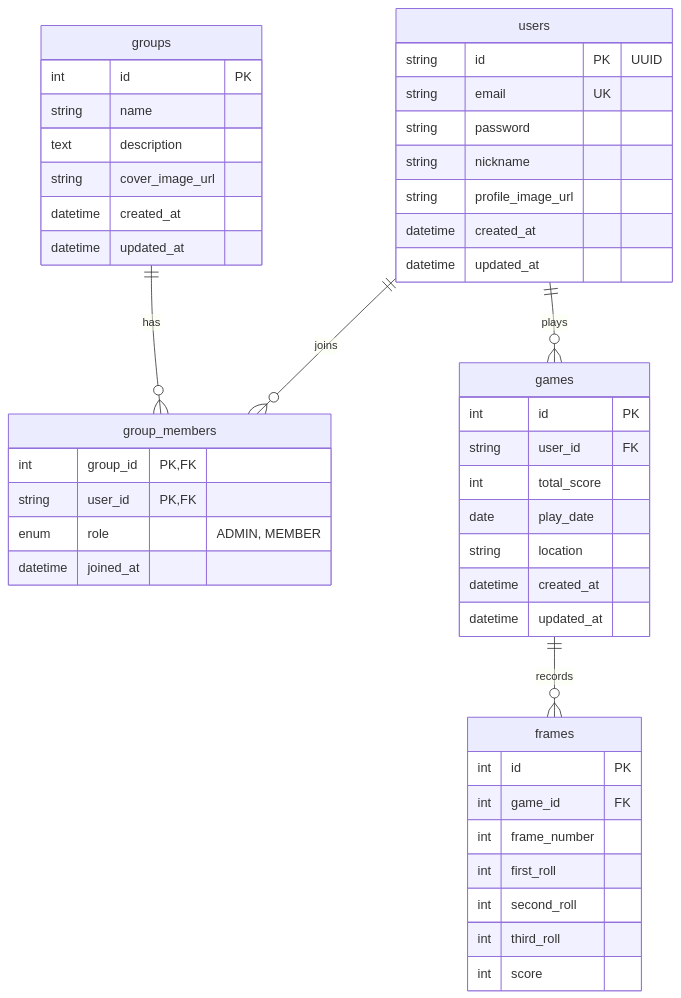
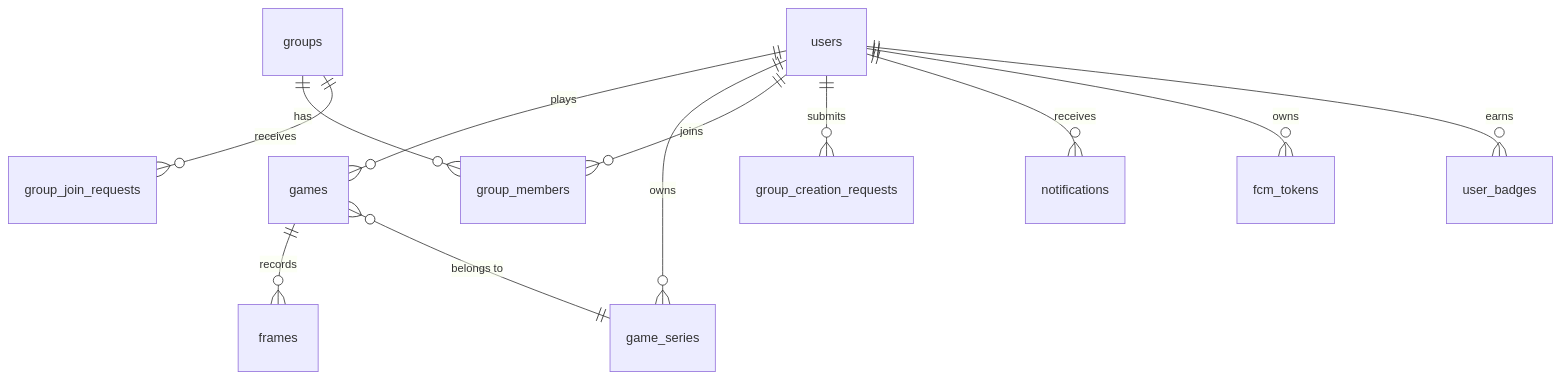
The diagram in README.md (dev-hojung/strike_log_api), drawn with Mermaid before and after one commit. The commit also changed other lines of this file and 1 other file, not shown here.

First line of the commit message:
docs: 루트 README 최신화 + badges 카탈로그 개수 정정

````diff
--- a/README.md
+++ b/README.md
@@ -16,49 +38,14 @@
 ```mermaid
 erDiagram
-    users {
-        string id PK "UUID"
-        string email UK
-        string password
-        string nickname
-        string profile_image_url
-        datetime created_at
-        datetime updated_at
-    }
-    groups {
-        int id PK
-        string name
-        text description
-        string cover_image_url
-        datetime created_at
-        datetime updated_at
-    }
-    group_members {
-        int group_id PK, FK
-        string user_id PK, FK
-        enum role "ADMIN, MEMBER"
-        datetime joined_at
-    }
-    games {
-        int id PK
-        string user_id FK
-        int total_score
-        date play_date
-        string location
-        datetime created_at
-        datetime updated_at
-    }
-    frames {
-        int id PK
-        int game_id FK
-        int frame_number
-        int first_roll
-        int second_roll
-        int third_roll
-        int score
-    }
-
+    users ||--o{ games : "plays"
+    users ||--o{ game_series : "owns"
+    games ||--o{ frames : "records"
+    games }o--|| game_series : "belongs to"
     users ||--o{ group_members : "joins"
     groups ||--o{ group_members : "has"
-    users ||--o{ games : "plays"
-    games ||--o{ frames : "records"
+    groups ||--o{ group_join_requests : "receives"
+    users ||--o{ group_creation_requests : "submits"
+    users ||--o{ notifications : "receives"
+    users ||--o{ fcm_tokens : "owns"
+    users ||--o{ user_badges : "earns"
 ```
````
